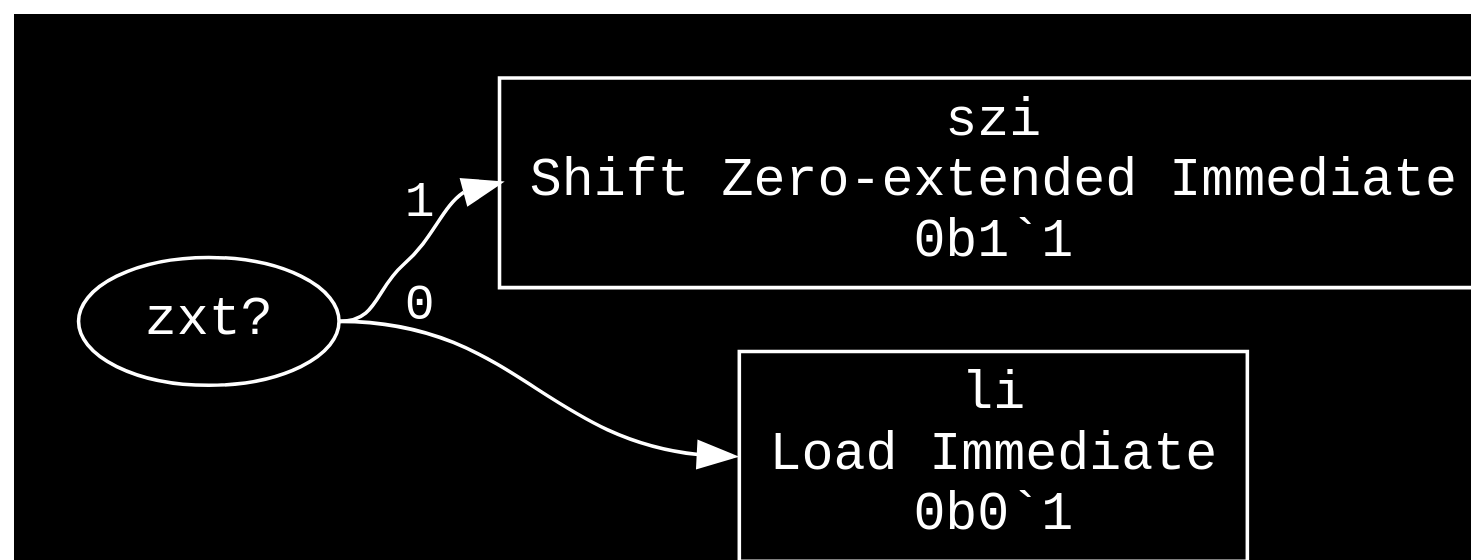
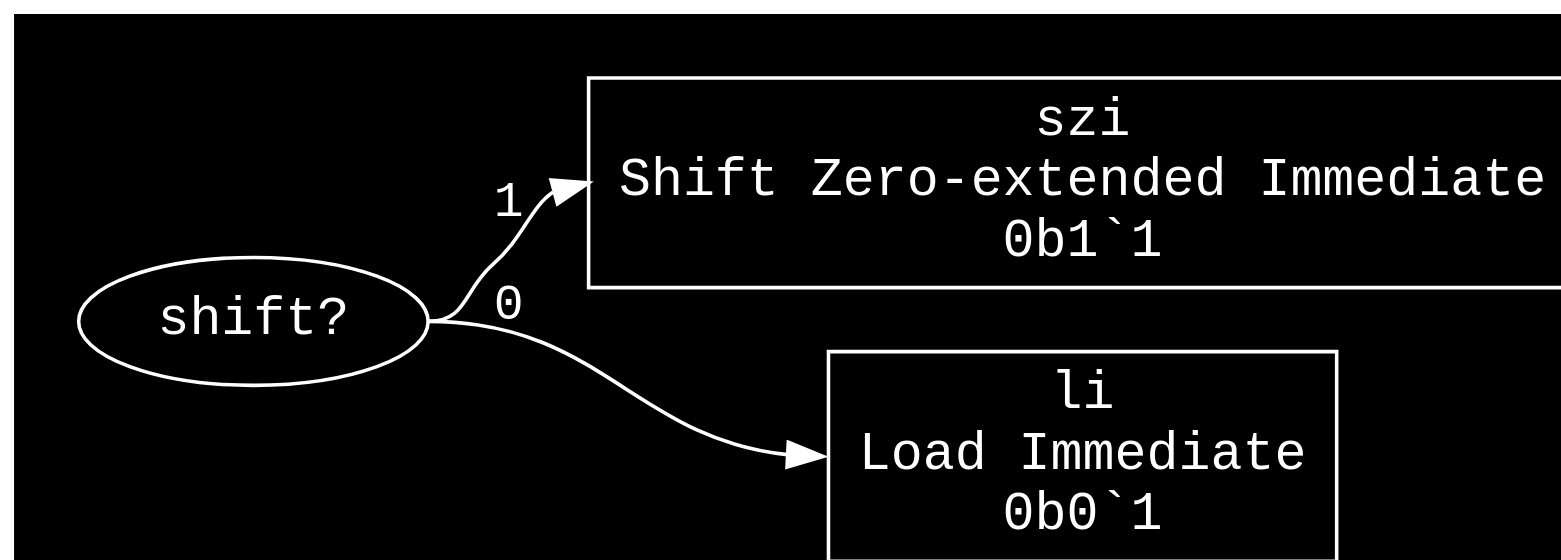
The diagram in assets/graphs/li.dot (eignnx/SPRIND), drawn with Graphviz before and after one commit. The commit also changed 15 other files, not shown here.

```diff
--- a/assets/graphs/li.dot
+++ b/assets/graphs/li.dot
@@ -1,10 +1,10 @@
 digraph "Format li" {
   graph [dpi = 100, bgcolor="#111", fontcolor="white", rankdir=LR, pad="0.25"];
   node [fontname = "Courier", fontsize="15pt", color="white", fontcolor="white"];
   edge [fontname = "Courier", color="white", fontcolor="white"];
-  "zxt_6558408" [label = "zxt?", shape = ellipse];
-  "zxt_6558408":e -> "szi_5158144":w [label = "1"];
-  "zxt_6558408":e -> "li_6973931":w [label = "0"];
+  "shift_2927729" [label = "shift?", shape = ellipse];
+  "shift_2927729":e -> "szi_5158144":w [label = "1"];
+  "shift_2927729":e -> "li_6973931":w [label = "0"];
   "szi_5158144" [label = "szi\nShift Zero-extended Immediate\n0b1`1", shape = rectangle];
   "li_6973931" [label = "li\nLoad Immediate\n0b0`1", shape = rectangle];
 }
```
